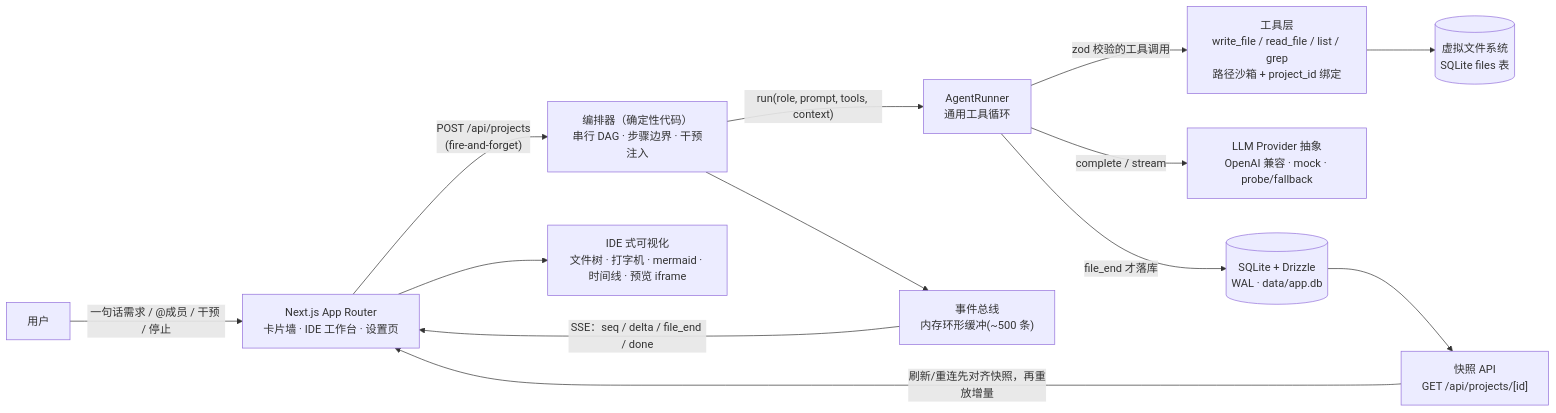
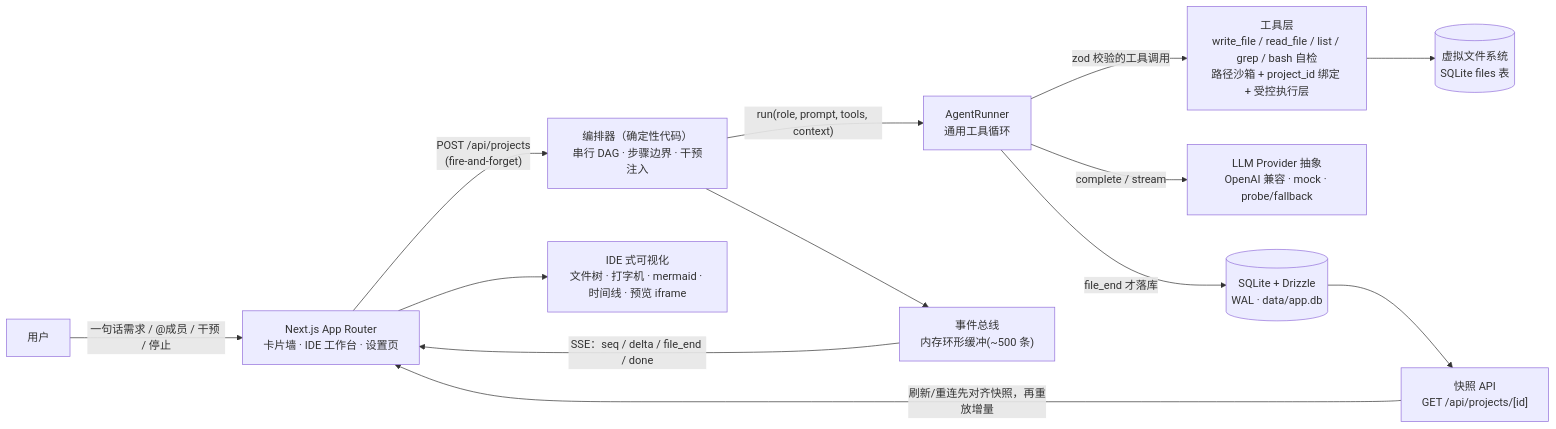
The diagram in README.md (ryea0/atoms-demo), drawn with Mermaid before and after one commit. The commit also changed other lines of this file and 2 other files, not shown here.

````diff
--- a/README.md
+++ b/README.md
@@ -23,15 +24,15 @@
 ```mermaid
 flowchart LR
   User["用户"] -->|"一句话需求 / @成员 / 干预 / 停止"| UI["Next.js App Router<br/>卡片墙 · IDE 工作台 · 设置页"]
   UI -->|"POST /api/projects<br/>(fire-and-forget)"| Orch["编排器（确定性代码）<br/>串行 DAG · 步骤边界 · 干预注入"]
   Orch -->|"run(role, prompt, tools, context)"| Runner["AgentRunner<br/>通用工具循环"]
-  Runner -->|"zod 校验的工具调用"| Tools["工具层<br/>write_file / read_file / list / grep<br/>路径沙箱 + project_id 绑定"]
+  Runner -->|"zod 校验的工具调用"| Tools["工具层<br/>write_file / read_file / list / grep / bash 自检<br/>路径沙箱 + project_id 绑定 + 受控执行层"]
   Tools --> VFS[("虚拟文件系统<br/>SQLite files 表")]
   Runner -->|"complete / stream"| LLM["LLM Provider 抽象<br/>OpenAI 兼容 · mock · probe/fallback"]
   Runner -->|"file_end 才落库"| DB[("SQLite + Drizzle<br/>WAL · data/app.db")]
   Orch --> Bus["事件总线<br/>内存环形缓冲(~500 条)"]
   DB --> Snap["快照 API<br/>GET /api/projects/[id]"]
   Bus -->|"SSE：seq / delta / file_end / done"| UI
   Snap -->|"刷新/重连先对齐快照，再重放增量"| UI
   UI --> IDE["IDE 式可视化<br/>文件树 · 打字机 · mermaid · 时间线 · 预览 iframe"]
 ```
````
